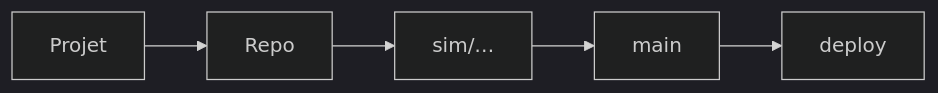
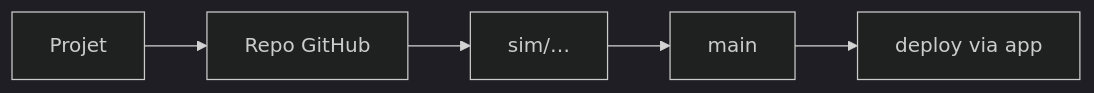
One commit to simondelamarre/bige-ops-releases changed the diagram in docs/github-config.md. Above: the diagram before and after it, drawn with Mermaid (dark theme). The commit also changed other lines of this file and 3 other files, not shown here.

First line of the commit message:
docs(git): GitHub-only deploy sync and manual rollback

````diff
--- a/docs/github-config.md
+++ b/docs/github-config.md
@@ -9,7 +14,7 @@
 ```mermaid
 flowchart LR
-  P[Projet] --> R[Repo]
+  P[Projet] --> R[Repo GitHub]
   R --> S[sim/…]
   S --> M[main]
-  M --> D[deploy]
+  M --> D[deploy via app]
 ```
````
